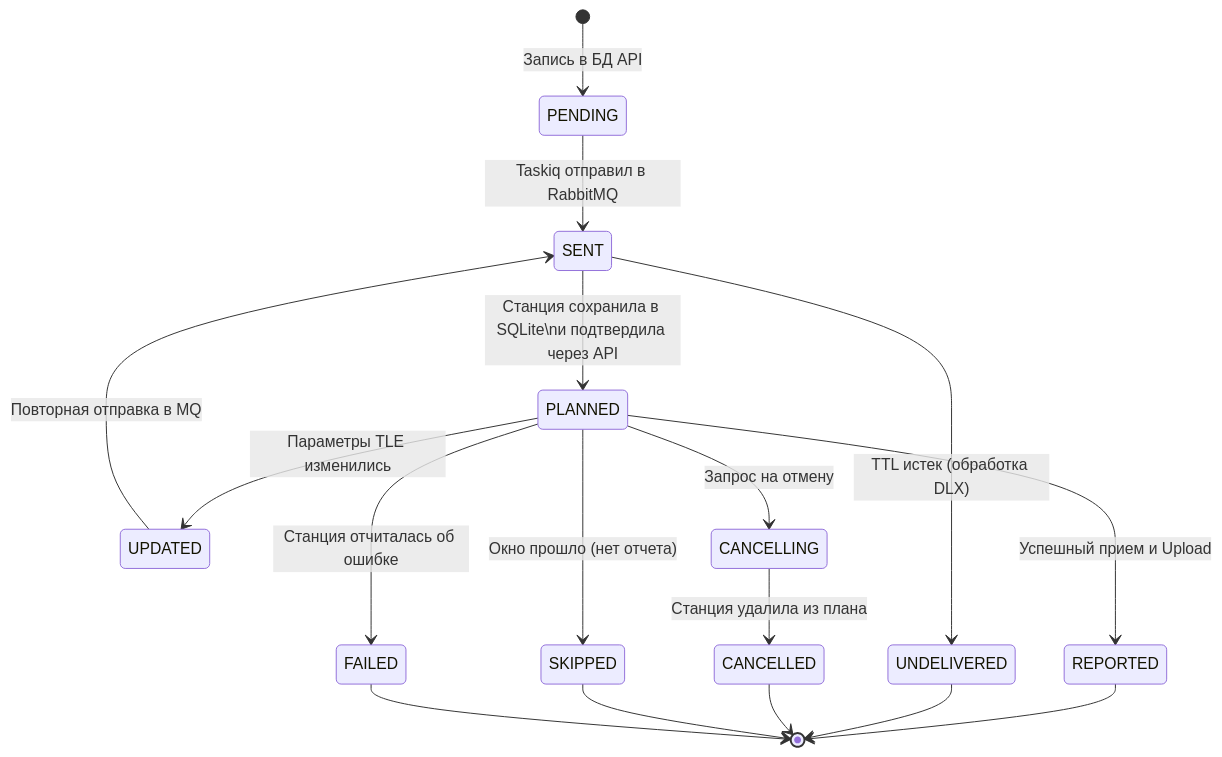
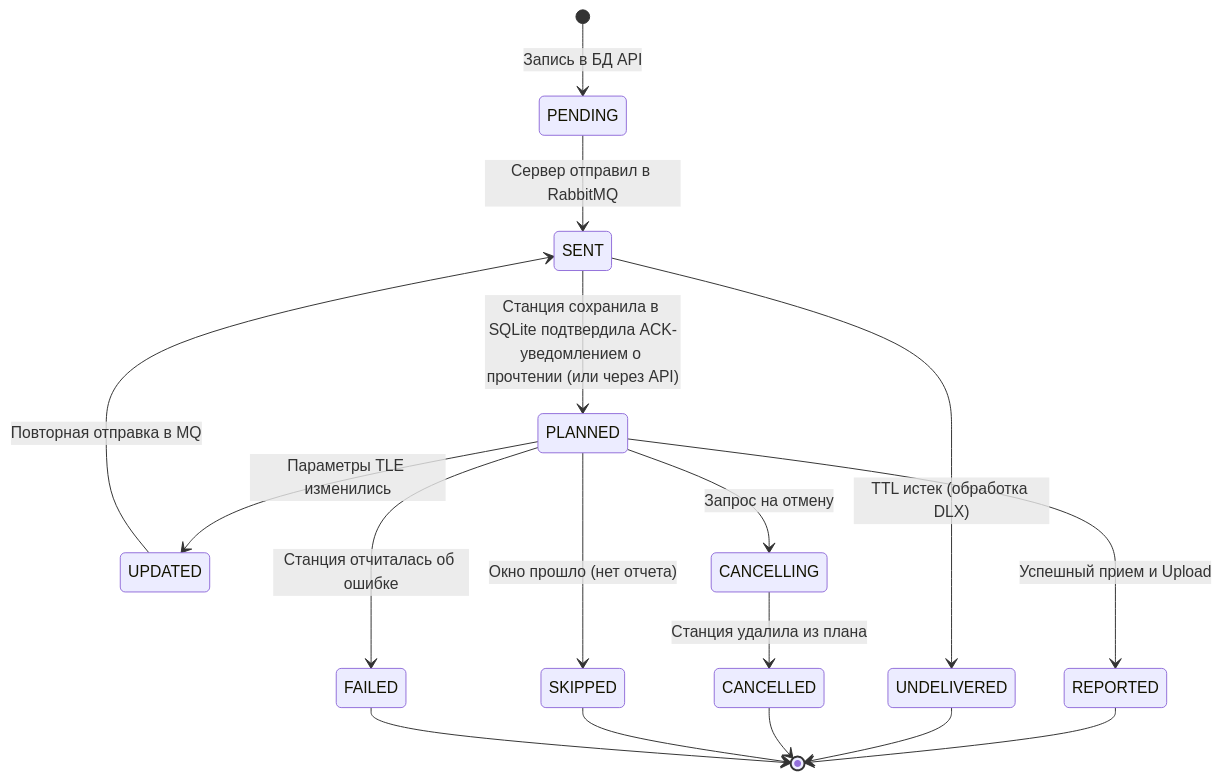
The second of 2 diagrams in _conception_prompt_01.md (kossmak/soniks-utils), drawn with Mermaid before and after one commit. The commit also changed other lines of this file, not shown here.

````diff
--- a/_conception_prompt_01.md
+++ b/_conception_prompt_01.md
@@ -112,25 +113,25 @@
 ```mermaid
 stateDiagram-v2
     [*] --> PENDING: Запись в БД API
     
-    PENDING --> SENT: Taskiq отправил в RabbitMQ
+    PENDING --> SENT: Сервер отправил в RabbitMQ
     
-    SENT --> PLANNED: Станция сохранила в SQLite\nи подтвердила через API
+    SENT --> PLANNED: Станция сохранила в SQLite подтвердила ACK-уведомлением о прочтении (или через API)
     SENT --> UNDELIVERED: TTL истек (обработка DLX)
     
     PLANNED --> UPDATED: Параметры TLE изменились
     UPDATED --> SENT: Повторная отправка в MQ
     
     PLANNED --> CANCELLING: Запрос на отмену
     CANCELLING --> CANCELLED: Станция удалила из плана
     
     PLANNED --> REPORTED: Успешный прием и Upload
     PLANNED --> SKIPPED: Окно прошло (нет отчета)
     PLANNED --> FAILED: Станция отчиталась об ошибке
     
     REPORTED --> [*]
     UNDELIVERED --> [*]
     CANCELLED --> [*]
     SKIPPED --> [*]
     FAILED --> [*]
 ```
````
